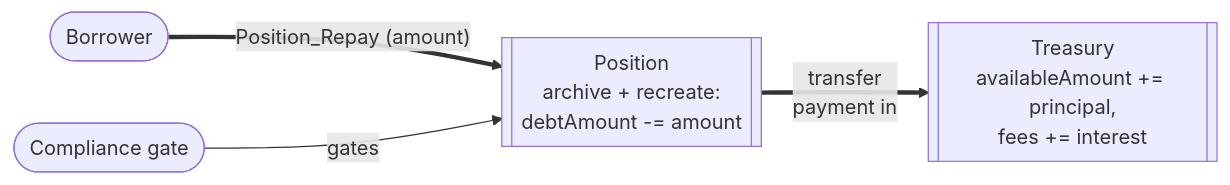
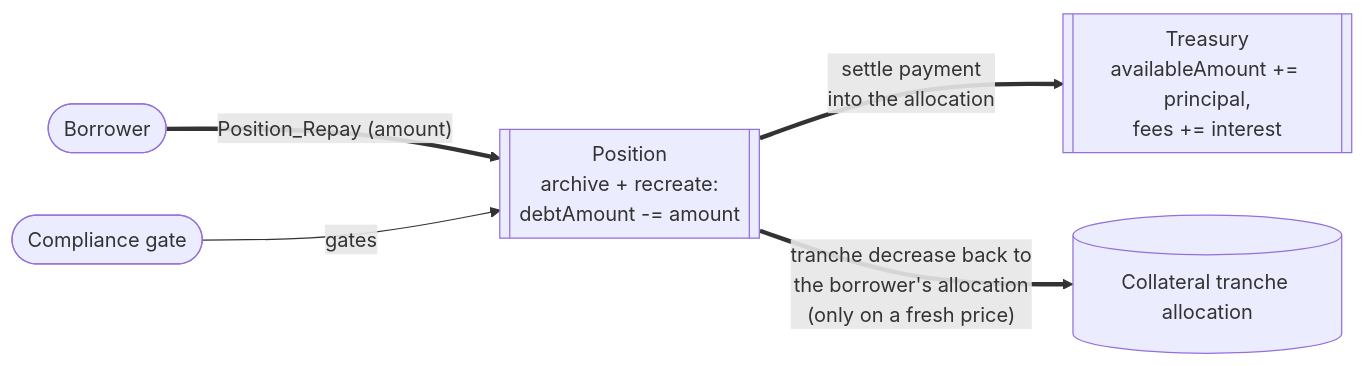
One commit to OpenZeppelin/canton-specs changed the fifth of 8 diagrams in docs/reference-architectures/lending.md. Above: the diagram before and after it, drawn with Mermaid. The commit also changed other lines of this file, not shown here.

Commit message:
Change allocation model to committed iterated allocations owned by funder and borrower, and rebalancing between them.

````diff
--- a/docs/reference-architectures/lending.md
+++ b/docs/reference-architectures/lending.md
@@ -304,11 +351,13 @@
 ```mermaid
 flowchart LR
     Borrower([Borrower])
     Compliance(["Compliance gate"])
     Position[["Position<br/>archive + recreate:<br/>debtAmount -= amount"]]
     Treasury[["Treasury<br/>availableAmount += principal,<br/>fees += interest"]]
+    Tranche[("Collateral tranche allocation")]
 
     Borrower ==>|"Position_Repay (amount)"| Position
     Compliance -->|"gates"| Position
-    Position ==>|"transfer<br/>payment in"| Treasury
+    Position ==>|"settle payment<br/>into the allocation"| Treasury
+    Position ==>|"tranche decrease back to<br/>the borrower's allocation<br/>(only on a fresh price)"| Tranche
 ```
````
